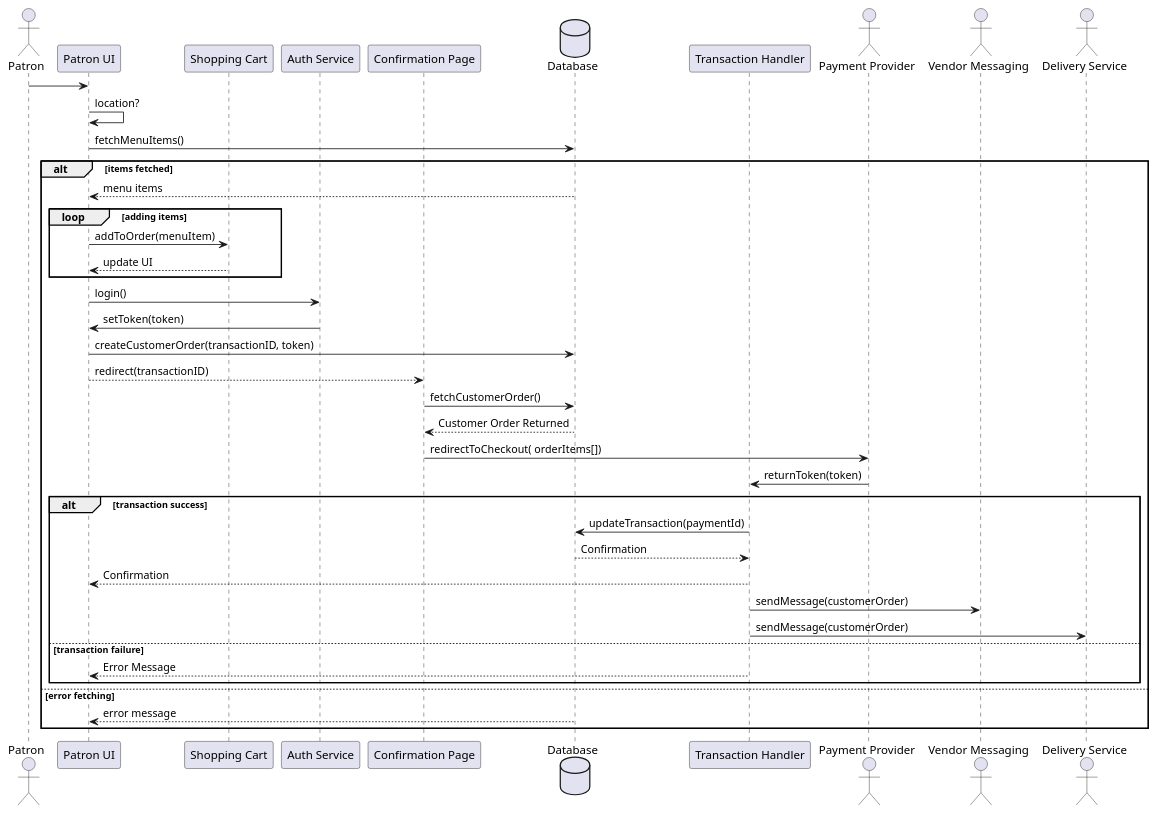
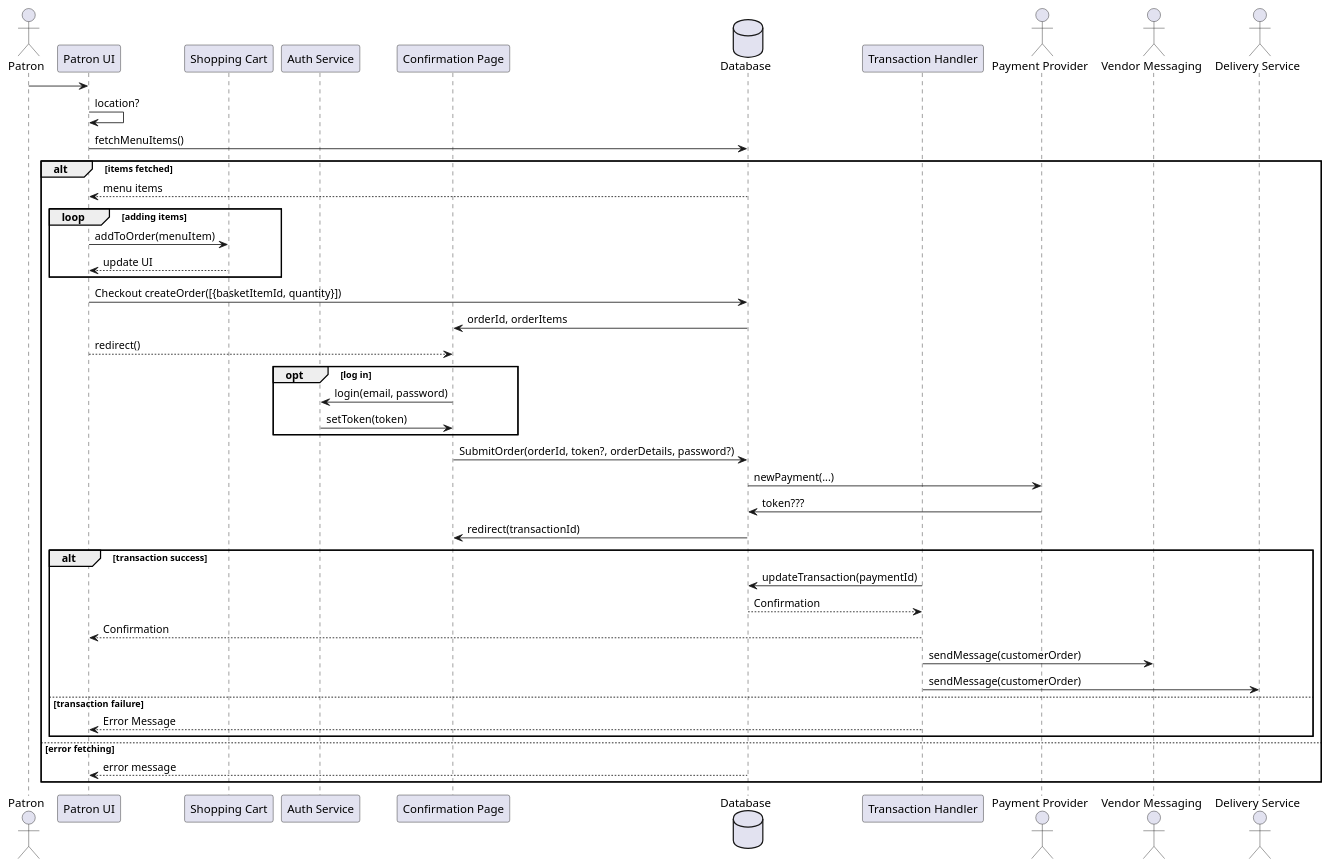
One commit to chingu-voyages/v19-bears-team-05 changed the diagram in misc/models/userFlow.plantuml. Above: the diagram before and after it, drawn with PlantUML. The commit also changed 23 other files, not shown here.

```diff
--- a/misc/models/userFlow.plantuml
+++ b/misc/models/userFlow.plantuml
@@ -1,44 +1,47 @@
 @startuml
 actor Patron
 participant "Patron UI"
 participant "Shopping Cart"
 participant "Auth Service"
 participant "Confirmation Page"
 database Database
 participant "Transaction Handler"
 actor "Payment Provider"
 actor "Vendor Messaging"
 actor "Delivery Service"
 
 Patron -> "Patron UI"
 "Patron UI" -> "Patron UI": location?
 "Patron UI" -> Database: fetchMenuItems()
 alt items fetched
 Database --> "Patron UI": menu items
 loop adding items
 "Patron UI" -> "Shopping Cart": addToOrder(menuItem)
 "Shopping Cart" --> "Patron UI": update UI
 end
-"Patron UI" -> "Auth Service": login()
-"Auth Service" -> "Patron UI": setToken(token)
-"Patron UI" -> Database: createCustomerOrder(transactionID, token)
-"Patron UI" --> "Confirmation Page": redirect(transactionID)
-"Confirmation Page" -> Database: fetchCustomerOrder()
-Database --> "Confirmation Page": Customer Order Returned
-"Confirmation Page" -> "Payment Provider": redirectToCheckout( orderItems[])
-"Payment Provider" -> "Transaction Handler": returnToken(token)
+"Patron UI" -> Database: Checkout createOrder([{basketItemId, quantity}])
+"Database" -> "Confirmation Page": orderId, orderItems
+"Patron UI" --> "Confirmation Page": redirect()
+opt log in
+"Confirmation Page" -> "Auth Service": login(email, password)
+"Auth Service" -> "Confirmation Page": setToken(token)
+end
+"Confirmation Page" -> "Database": SubmitOrder(orderId, token?, orderDetails, password?)
+"Database" -> "Payment Provider" : newPayment(...)
+"Payment Provider" -> "Database" : token???
+"Database" -> "Confirmation Page" : redirect(transactionId)
 alt transaction success
 "Transaction Handler" -> Database: updateTransaction(paymentId)
 Database --> "Transaction Handler": Confirmation
 "Transaction Handler" --> "Patron UI": Confirmation
 "Transaction Handler" -> "Vendor Messaging": sendMessage(customerOrder)
 "Transaction Handler" -> "Delivery Service": sendMessage(customerOrder)
 else transaction failure
 "Transaction Handler" --> "Patron UI": Error Message
 end
 
 else error fetching
 Database --> "Patron UI": error message
 end
 
 @enduml
```
